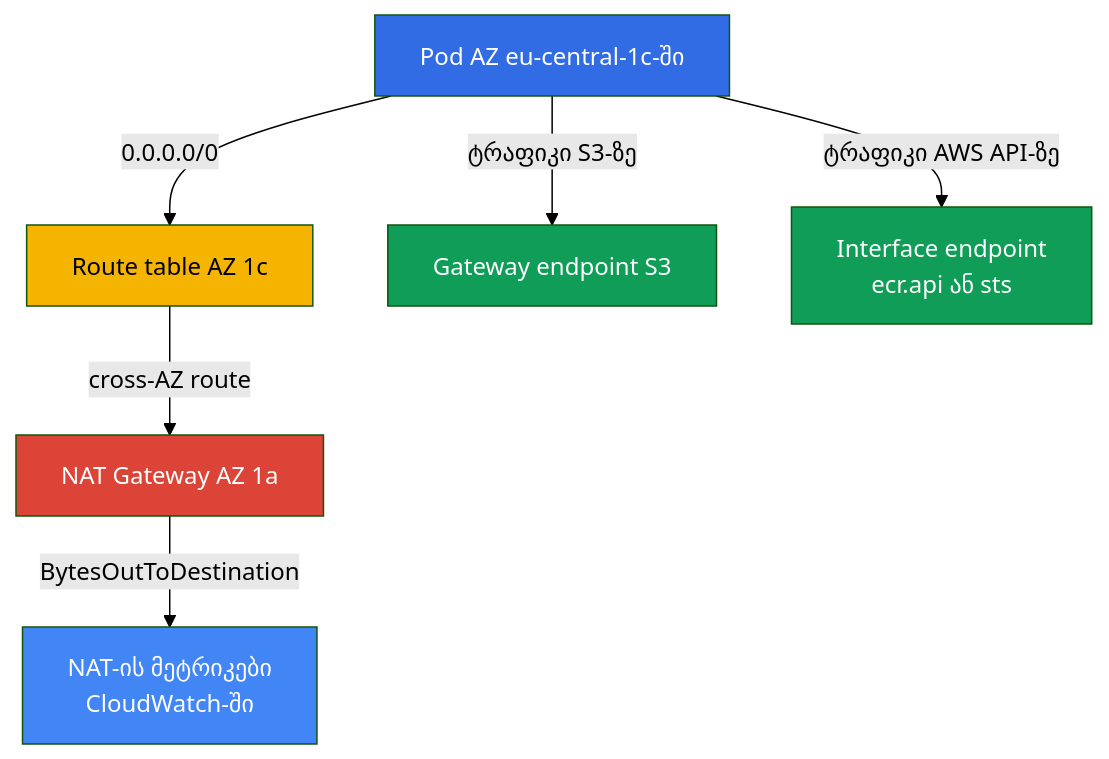
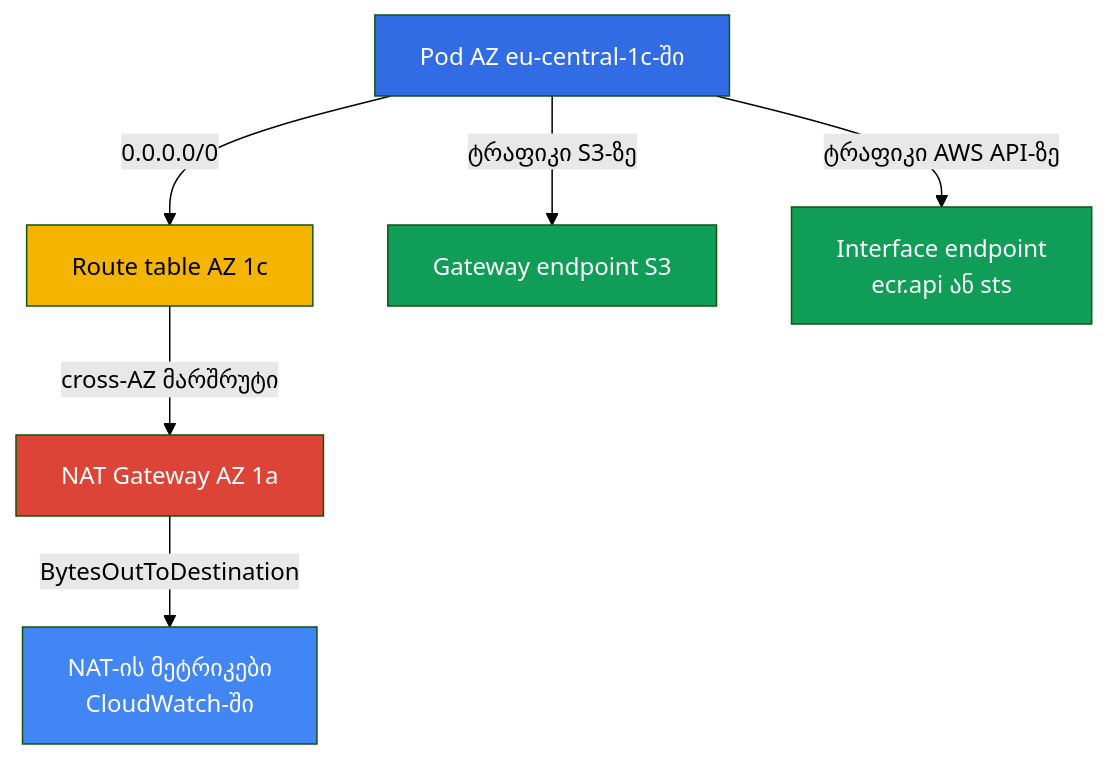
One commit to ViktorUJ/cks changed the first of 2 diagrams in tasks/eks/labs/117/README_GE.MD. Above: the diagram before and after it, drawn with Mermaid (forest theme). The commit also changed 221 other files, not shown here.

````diff
--- a/tasks/eks/labs/117/README_GE.MD
+++ b/tasks/eks/labs/117/README_GE.MD
@@ -49,20 +49,20 @@
 ```mermaid
 flowchart TB
     podc["Pod AZ eu-central-1c-ში"]
     rtc["Route table AZ 1c"]
     nata["NAT Gateway AZ 1a"]
     gwep["Gateway endpoint S3"]
     ifep["Interface endpoint<br/>ecr.api ან sts"]
     cwm["NAT-ის მეტრიკები<br/>CloudWatch-ში"]
     podc -->|"0.0.0.0/0"| rtc
-    rtc -->|"cross-AZ route"| nata
+    rtc -->|"cross-AZ მარშრუტი"| nata
     podc -->|"ტრაფიკი S3-ზე"| gwep
     podc -->|"ტრაფიკი AWS API-ზე"| ifep
     nata -->|"BytesOutToDestination"| cwm
     style podc fill:#326ce5,color:#fff
     style rtc fill:#f4b400,color:#000
     style nata fill:#db4437,color:#fff
     style gwep fill:#0f9d58,color:#fff
     style ifep fill:#0f9d58,color:#fff
     style cwm fill:#4285f4,color:#fff
 ```
````
